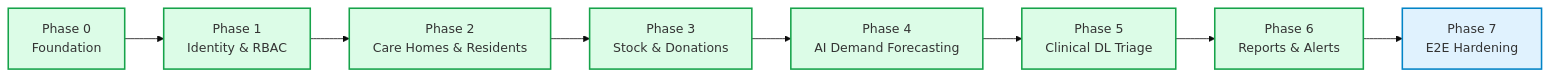
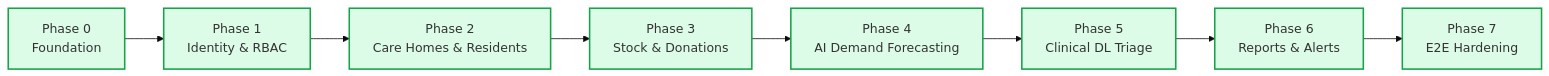
One commit to nibhakumariu9798-crypto/walframe-sysrem changed the diagram in ANTIGRAVITY_MASTER_PROMPT.md. Above: the diagram before and after it, drawn with Mermaid (base theme). The commit also changed other lines of this file and 4 other files, not shown here.

````diff
--- a/ANTIGRAVITY_MASTER_PROMPT.md
+++ b/ANTIGRAVITY_MASTER_PROMPT.md
@@ -47,15 +47,13 @@
 ```mermaid
 flowchart LR
     P0["Phase 0<br/>Foundation"] --> P1["Phase 1<br/>Identity & RBAC"]
     P1 --> P2["Phase 2<br/>Care Homes & Residents"]
     P2 --> P3["Phase 3<br/>Stock & Donations"]
     P3 --> P4["Phase 4<br/>AI Demand Forecasting"]
     P4 --> P5["Phase 5<br/>Clinical DL Triage"]
     P5 --> P6["Phase 6<br/>Reports & Alerts"]
     P6 --> P7["Phase 7<br/>E2E Hardening"]
 
     classDef done fill:#dcfce7,stroke:#16a34a,stroke-width:2px;
-    classDef next fill:#e0f2fe,stroke:#0284c7,stroke-width:2px;
-    class P0,P1,P2,P3,P4,P5,P6 done;
-    class P7 next;
+    class P0,P1,P2,P3,P4,P5,P6,P7 done;
 ```
````
